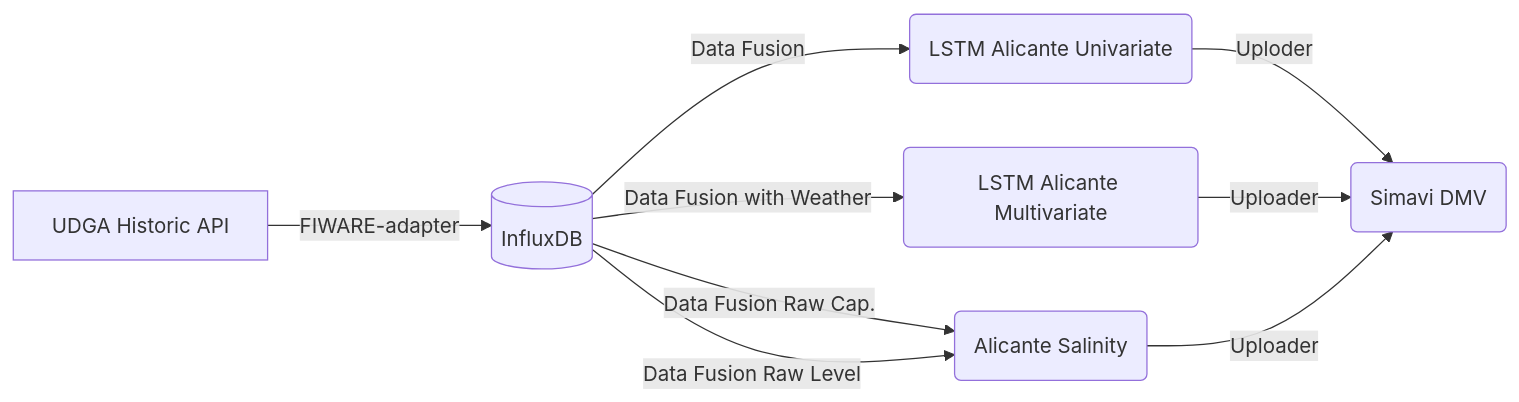
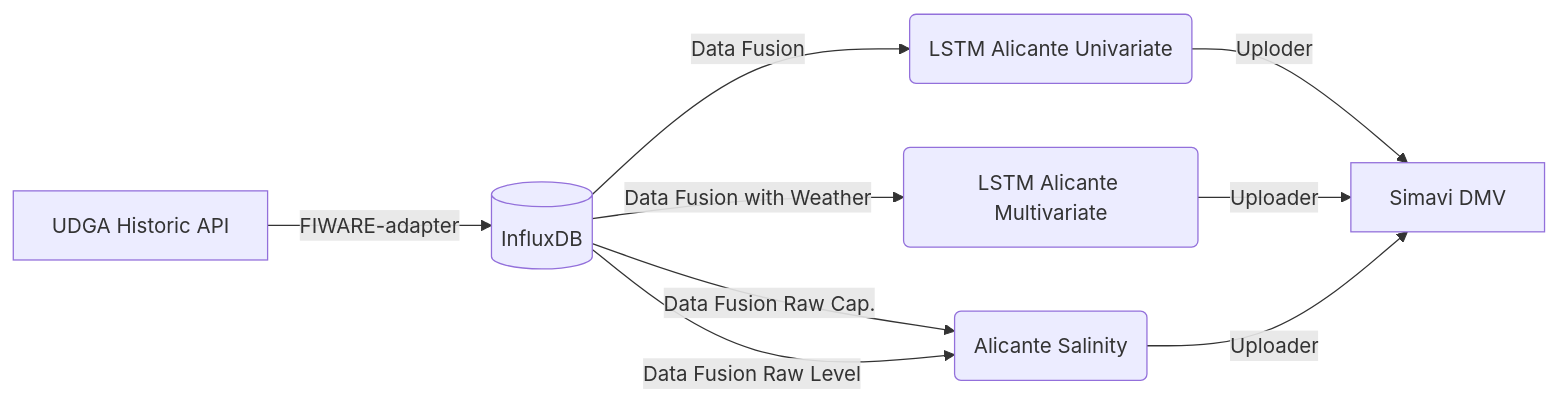
The second of 3 diagrams in README.md (naiades-jsi/documentation), drawn with Mermaid before and after one commit. The commit also changed other lines of this file, not shown here.

````diff
--- a/README.md
+++ b/README.md
@@ -146,11 +146,11 @@
 ```mermaid
 graph LR
     A[UDGA Historic API] --> |FIWARE-adapter| B[(InfluxDB)]
     B --> |Data Fusion| C(LSTM Alicante Univariate)
     B --> |Data Fusion with Weather| D(LSTM Alicante Multivariate)
     B --> |Data Fusion Raw Cap.| E(Alicante Salinity)
     B --> |Data Fusion Raw Level| E
-    C --> |Uploder| X(Simavi DMV)
+    C --> |Uploder| X[Simavi DMV]
     D --> |Uploader| X
     E --> |Uploader| X
 ```
````
